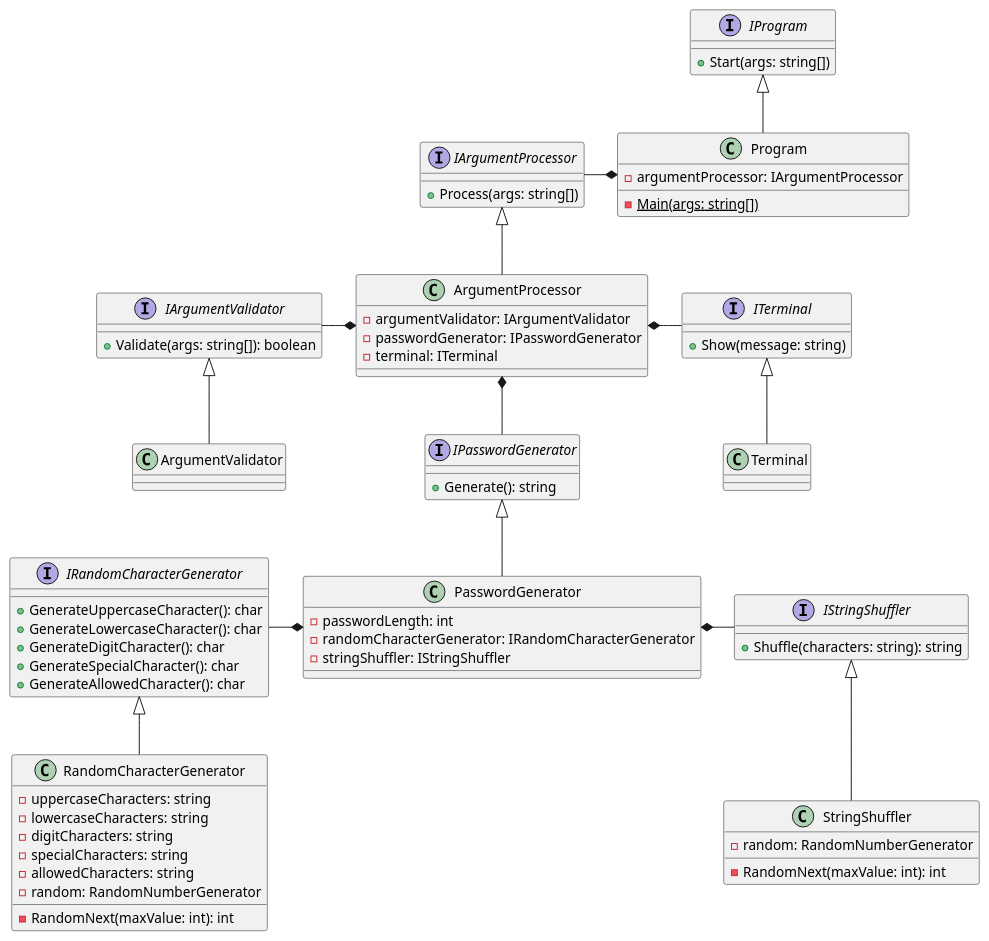
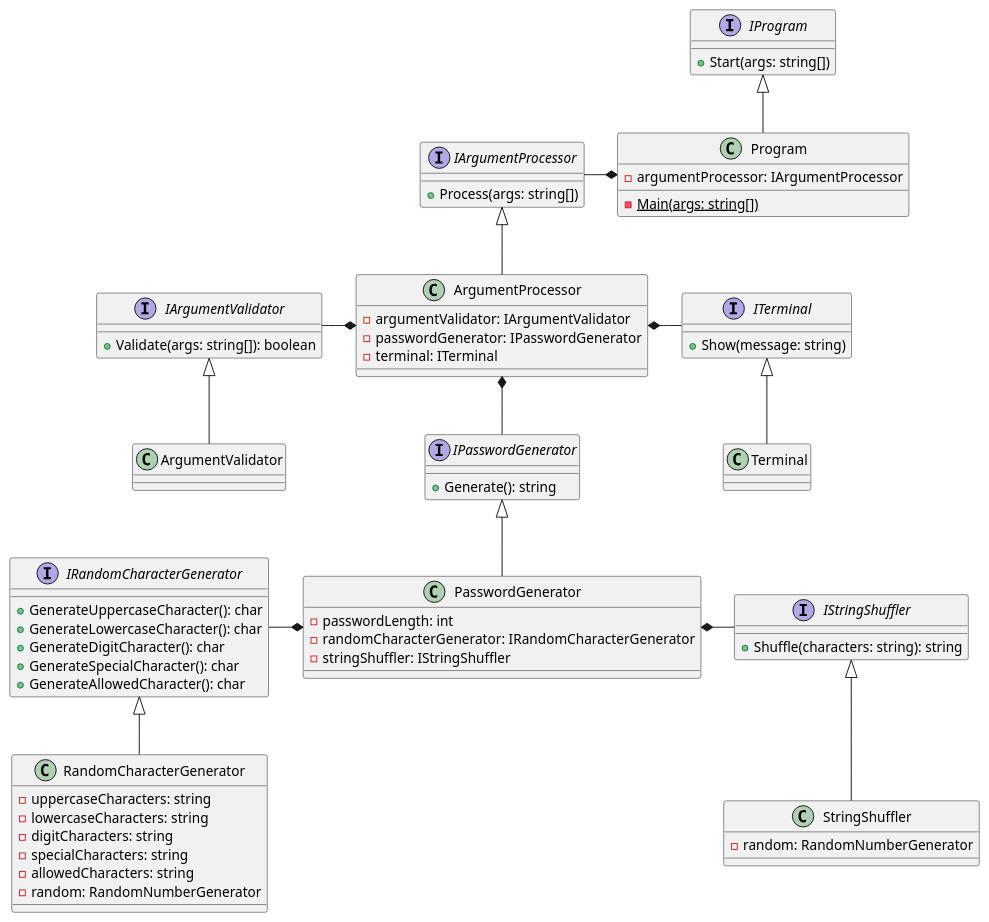
Before and after one commit to djvelimir/demo-dotnet-cli: the diagram in diagrams/Class.puml, drawn with PlantUML. The commit also changed 3 other files, not shown here.

Commit message:
feat(extension): add Next method as extension for RandomNumberGenerator

```diff
--- a/diagrams/Class.puml
+++ b/diagrams/Class.puml
@@ -1,88 +1,86 @@
 @startuml Class
 interface IProgram {
     + Start(args: string[])
 }
 
 class Program {
     - argumentProcessor: IArgumentProcessor
     - {static} Main(args: string[])
 }
 
 interface IArgumentValidator {
     + Validate(args: string[]): boolean
 }
 
 class ArgumentValidator {
 }
 
 interface IArgumentProcessor {
     + Process(args: string[])
 }
 
 class ArgumentProcessor {
     - argumentValidator: IArgumentValidator
     - passwordGenerator: IPasswordGenerator
     - terminal: ITerminal
 }
 
 interface ITerminal {
     + Show(message: string)
 }
 
 class Terminal {
 }
 
 interface IPasswordGenerator {
     + Generate(): string
 }
 
 class PasswordGenerator {
     - passwordLength: int
     - randomCharacterGenerator: IRandomCharacterGenerator
     - stringShuffler: IStringShuffler
 }
 
 interface IRandomCharacterGenerator {
     + GenerateUppercaseCharacter(): char
     + GenerateLowercaseCharacter(): char
     + GenerateDigitCharacter(): char
     + GenerateSpecialCharacter(): char
     + GenerateAllowedCharacter(): char
 }
 
 class RandomCharacterGenerator {
     - uppercaseCharacters: string
     - lowercaseCharacters: string
     - digitCharacters: string
     - specialCharacters: string
     - allowedCharacters: string
     - random: RandomNumberGenerator
-    - RandomNext(maxValue: int): int
 }
 
 interface IStringShuffler {
     + Shuffle(characters: string): string
 }
 
 class StringShuffler {
     - random: RandomNumberGenerator
-    - RandomNext(maxValue: int): int
 }
 
 IArgumentValidator <|-- ArgumentValidator
 IArgumentProcessor <|-- ArgumentProcessor
 ITerminal <|-- Terminal
 IPasswordGenerator <|-- PasswordGenerator
 IProgram <|-- Program
 IRandomCharacterGenerator <|-- RandomCharacterGenerator
 IStringShuffler <|-- StringShuffler
 
 Program *--l IArgumentProcessor
 
 ArgumentProcessor *--l IArgumentValidator
 ArgumentProcessor *--d IPasswordGenerator
 ArgumentProcessor *--r ITerminal
 
 PasswordGenerator *--l IRandomCharacterGenerator
 PasswordGenerator *--r IStringShuffler
 @enduml
```
